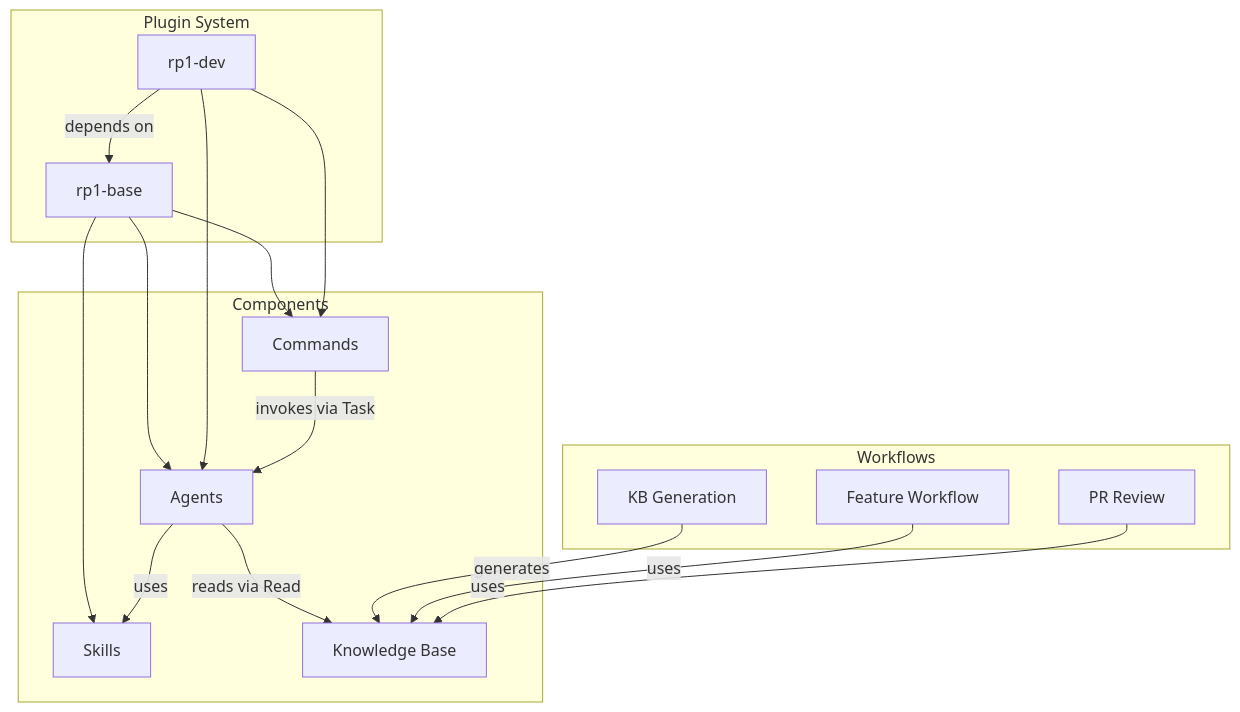
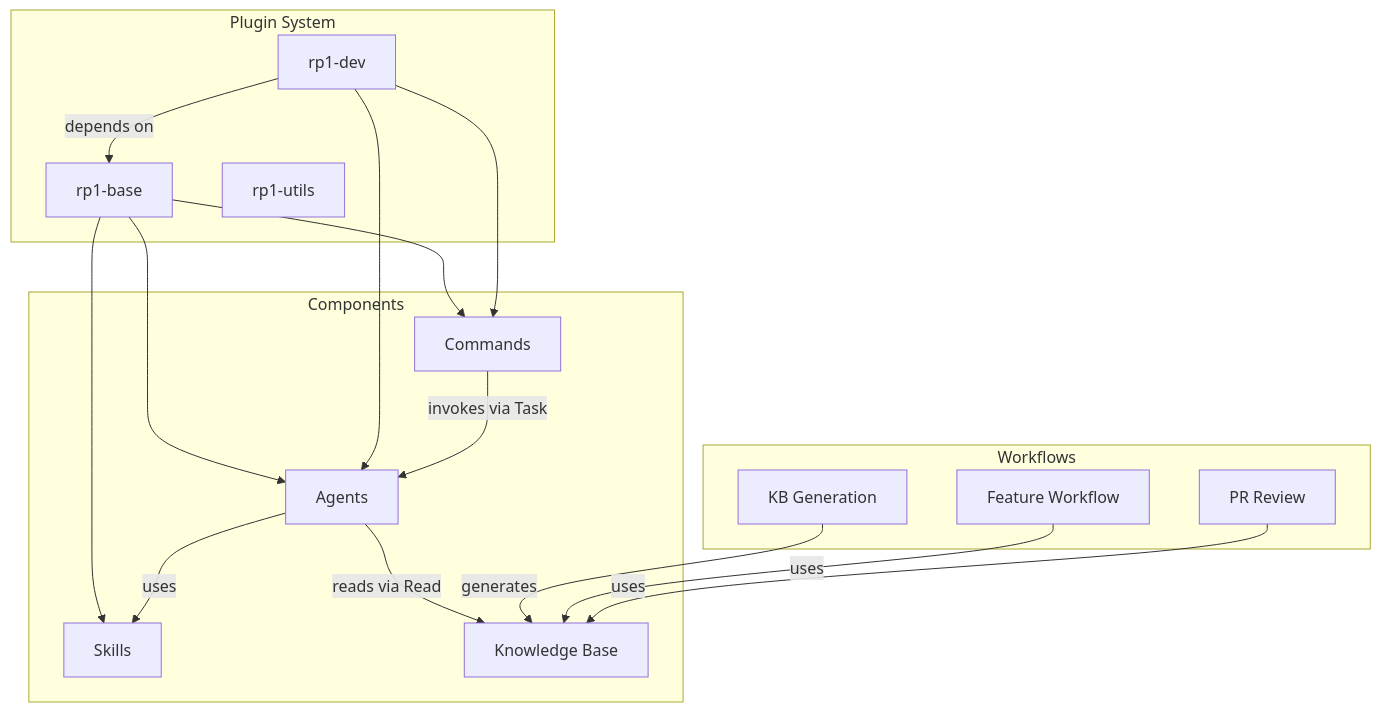
One commit to rp1-run/rp1 changed the diagram in .rp1/context/concept_map.md. Above: the diagram before and after it, drawn with Mermaid. The commit also changed other lines of this file and 5 other files, not shown here.

````diff
--- a/.rp1/context/concept_map.md
+++ b/.rp1/context/concept_map.md
@@ -141,35 +141,36 @@
 ```mermaid
 graph TB
     subgraph "Plugin System"
         Base[rp1-base]
         Dev[rp1-dev]
+        Utils[rp1-utils]
         Dev -->|depends on| Base
     end
 
     subgraph "Components"
         Cmd[Commands]
         Agent[Agents]
         Skill[Skills]
         KB[Knowledge Base]
     end
 
     subgraph "Workflows"
         Feature[Feature Workflow]
         PR[PR Review]
         KBGen[KB Generation]
     end
 
     Base --> Cmd
     Base --> Agent
     Base --> Skill
     Dev --> Cmd
     Dev --> Agent
 
     Cmd -->|invokes via Task| Agent
     Agent -->|uses| Skill
     Agent -->|reads via Read| KB
 
     KBGen -->|generates| KB
     Feature -->|uses| KB
     PR -->|uses| KB
 ```
````
